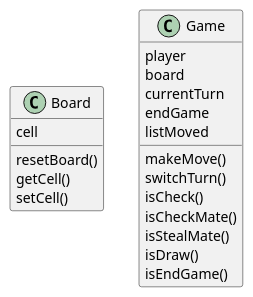
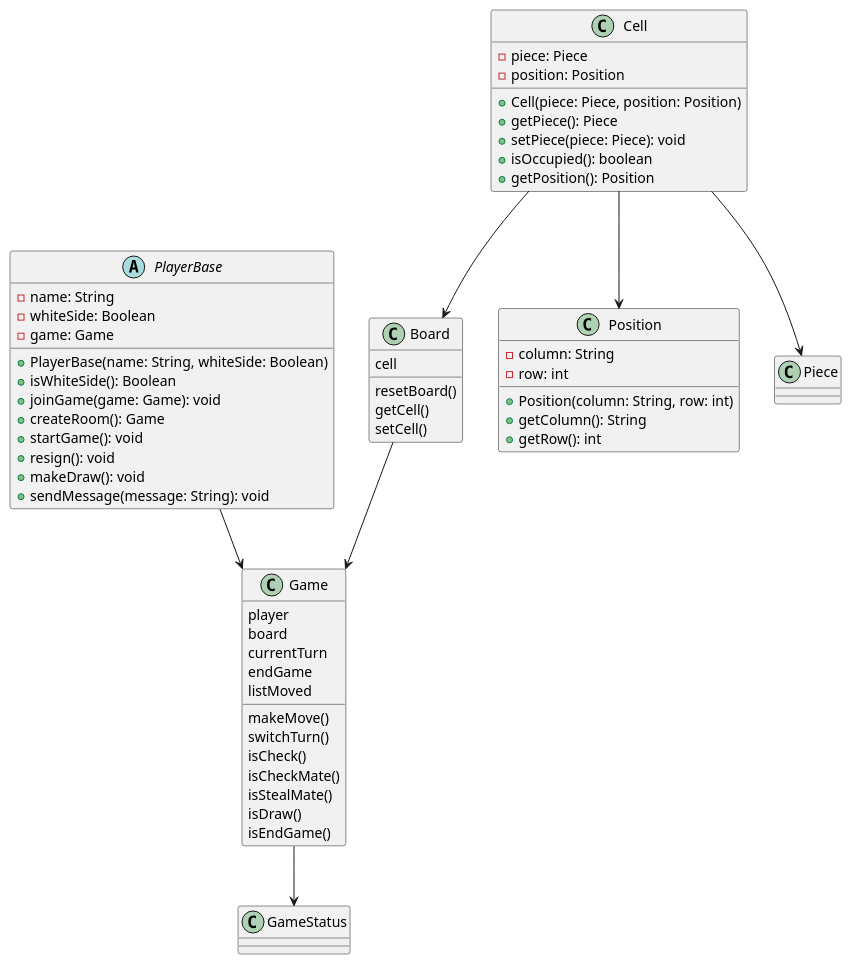
One commit to 3zard/Chess-Game changed the diagram in Diagram/classDiagram.pu. Above: the diagram before and after it, drawn with PlantUML.

Commit message:
Phong | add class diagram

```diff
--- a/Diagram/classDiagram.pu
+++ b/Diagram/classDiagram.pu
@@ -1,22 +1,63 @@
 @startuml classDiagram
 class Board {
     cell
     resetBoard()
     getCell()
     setCell()
 }
 class Game {
     player
     board
     currentTurn
     endGame
     listMoved
     makeMove()
     switchTurn()
     isCheck()
     isCheckMate()
     isStealMate()
     isDraw()
     isEndGame()
 }
+
+class Position {
+    -column: String
+    -row: int
+    
+    +Position(column: String, row: int)
+    +getColumn(): String
+    +getRow(): int
+}
+
+class Cell {
+    -piece: Piece
+    -position: Position
+    
+    +Cell(piece: Piece, position: Position)
+    +getPiece(): Piece
+    +setPiece(piece: Piece): void
+    +isOccupied(): boolean
+    +getPosition(): Position
+}
+abstract class PlayerBase {
+    -name: String
+    -whiteSide: Boolean
+    -game: Game
+    
+    +PlayerBase(name: String, whiteSide: Boolean)
+    +isWhiteSide(): Boolean
+    +joinGame(game: Game): void
+    +createRoom(): Game
+    +startGame(): void
+    +resign(): void
+    +makeDraw(): void
+    +sendMessage(message: String): void
+}
+PlayerBase --> Game
+Cell --> Board
+Cell --> Position
+Cell -->Piece
+Board --> Game
+Game --> GameStatus
+
 @enduml
```
